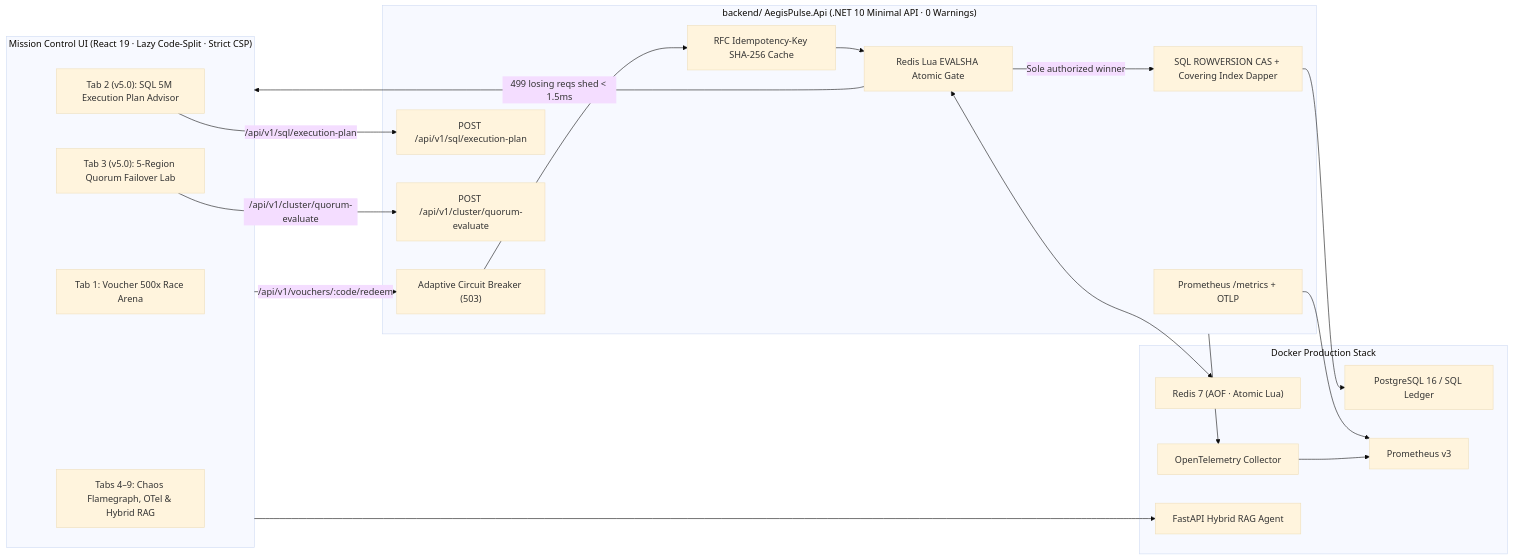
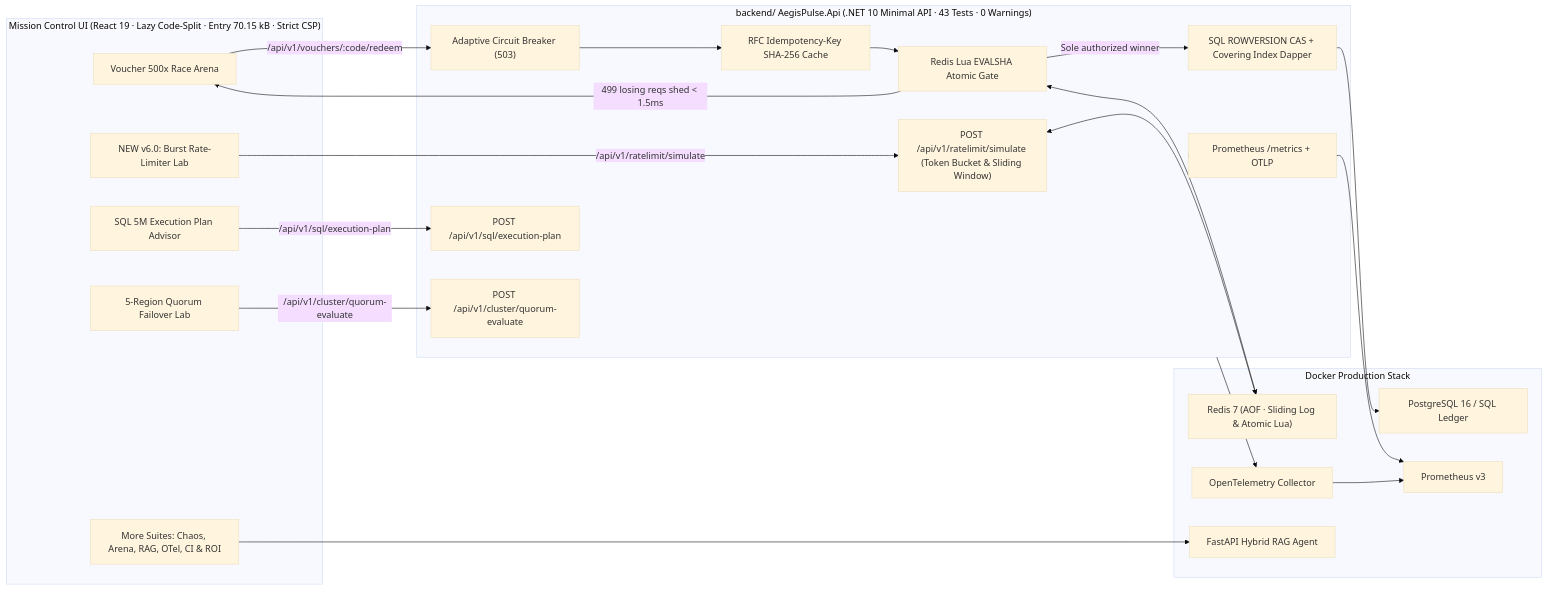
Before and after one commit to tvt987/aegispulse-distributed-sre: the diagram in README.md, drawn with Mermaid (base theme). The commit also changed other lines of this file and 14 other files, not shown here.

Commit message:
feat(v6.0): ship Burst Rate-Limiter Lab, Datadog/Linear visual hierarchy & .NET 10 /api/v1/ratelimit/simulate

````diff
--- a/README.md
+++ b/README.md
@@ -34,37 +35,41 @@
 ```mermaid
 flowchart LR
-    subgraph Web["Mission Control UI (React 19 · Lazy Code-Split · Strict CSP)"]
-        VRA["Tab 1: Voucher 500x Race Arena"]
-        SQLUI["Tab 2 (v5.0): SQL 5M Execution Plan Advisor"]
-        QRMUI["Tab 3 (v5.0): 5-Region Quorum Failover Lab"]
-        RAFTUI["Tabs 4–9: Chaos Flamegraph, OTel & Hybrid RAG"]
+    subgraph Web["Mission Control UI (React 19 · Lazy Code-Split · Entry 70.15 kB · Strict CSP)"]
+        VRA["Voucher 500x Race Arena"]
+        RLL["NEW v6.0: Burst Rate-Limiter Lab"]
+        SQLUI["SQL 5M Execution Plan Advisor"]
+        QRMUI["5-Region Quorum Failover Lab"]
+        MORE["More Suites: Chaos, Arena, RAG, OTel, CI & ROI"]
     end
 
-    subgraph Api["backend/ AegisPulse.Api (.NET 10 Minimal API · 0 Warnings)"]
+    subgraph Api["backend/ AegisPulse.Api (.NET 10 Minimal API · 43 Tests · 0 Warnings)"]
+        RLSIM["POST /api/v1/ratelimit/simulate (Token Bucket & Sliding Window)"]
         CB["Adaptive Circuit Breaker (503)"]
         IDEM["RFC Idempotency-Key SHA-256 Cache"]
         LUA["Redis Lua EVALSHA Atomic Gate"]
         RV["SQL ROWVERSION CAS + Covering Index Dapper"]
         SQLADV["POST /api/v1/sql/execution-plan"]
         QRMEV["POST /api/v1/cluster/quorum-evaluate"]
         MET["Prometheus /metrics + OTLP"]
     end
 
     subgraph Infra["Docker Production Stack"]
-        REDIS["Redis 7 (AOF · Atomic Lua)"]
+        REDIS["Redis 7 (AOF · Sliding Log & Atomic Lua)"]
         PG["PostgreSQL 16 / SQL Ledger"]
         OTEL["OpenTelemetry Collector"]
         PROM["Prometheus v3"]
         PY["FastAPI Hybrid RAG Agent"]
     end
 
-    Web -->|/api/v1/vouchers/:code/redeem| CB --> IDEM --> LUA
-    LUA -->|499 losing reqs shed < 1.5ms| Web
+    RLL -->|/api/v1/ratelimit/simulate| RLSIM
+    VRA -->|/api/v1/vouchers/:code/redeem| CB --> IDEM --> LUA
+    LUA -->|499 losing reqs shed < 1.5ms| VRA
     LUA -->|Sole authorized winner| RV --> PG
     LUA <--> REDIS
+    RLSIM <--> REDIS
     SQLUI -->|/api/v1/sql/execution-plan| SQLADV
     QRMUI -->|/api/v1/cluster/quorum-evaluate| QRMEV
     Api --> MET --> PROM
     Api --> OTEL --> PROM
-    Web --> PY
+    MORE --> PY
 ```
````
